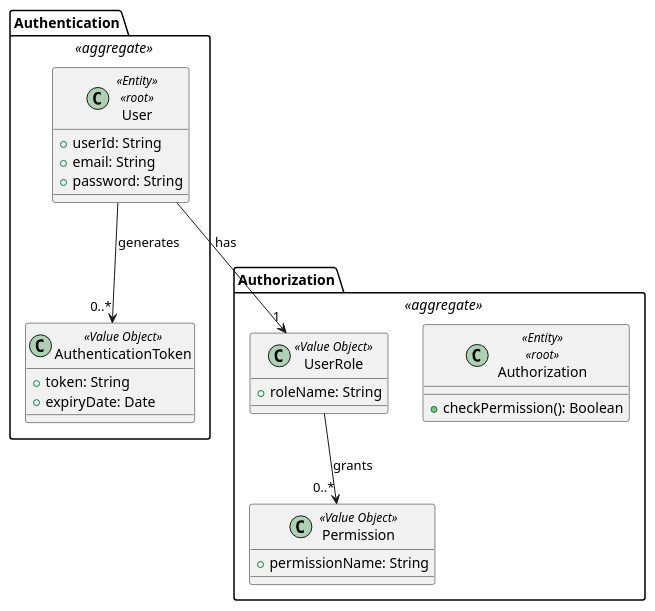
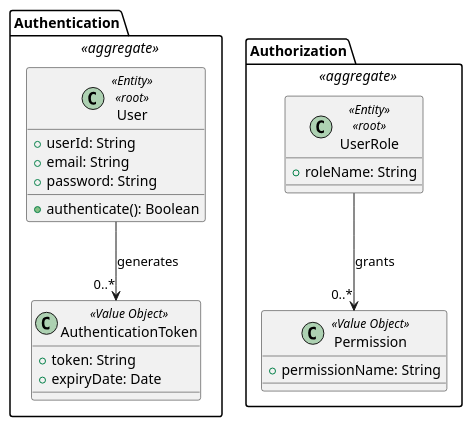
Before and after one commit to diogoveirospro/sem4pi-2024-2025-sem4pi_2024_2025_g44: the diagram in docs/SPRINT_2/US210/puml/domain_model_us210.puml, drawn with PlantUML.

Commit message:
Doing changes in the domain_model_us210.puml

```diff
--- a/docs/SPRINT_2/US210/puml/domain_model_us210.puml
+++ b/docs/SPRINT_2/US210/puml/domain_model_us210.puml
@@ -1,37 +1,35 @@
 @startuml
 
 package "Authentication" <<aggregate>> {
 
     class User <<Entity>> <<root>> {
         +userId: String
         +email: String
         +password: String
+        +authenticate(): Boolean
     }
 
     class AuthenticationToken <<Value Object>> {
         +token: String
         +expiryDate: Date
     }
 
+    ' User pode gerar o AuthenticationToken mas ele será tratado separadamente
     User --> "0..*" AuthenticationToken : generates
 }
 
 package "Authorization" <<aggregate>> {
 
-    class Authorization <<Entity>> <<root>> {
-        +checkPermission(): Boolean
-    }
-
-    class UserRole <<Value Object>> {
+    class UserRole <<Entity>> <<root>> {
         +roleName: String
     }
 
     class Permission <<Value Object>> {
         +permissionName: String
     }
 
-    User --> "1" UserRole : has
+    ' UserRole pode ter múltiplas permissões
     UserRole --> "0..*" Permission : grants
 }
 
 @enduml
```
